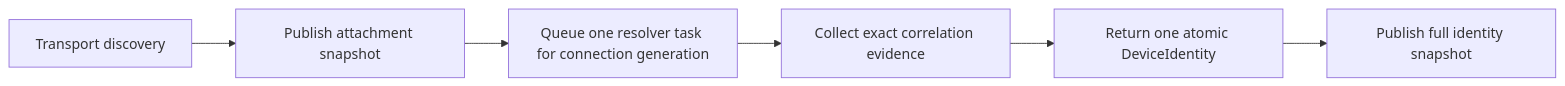
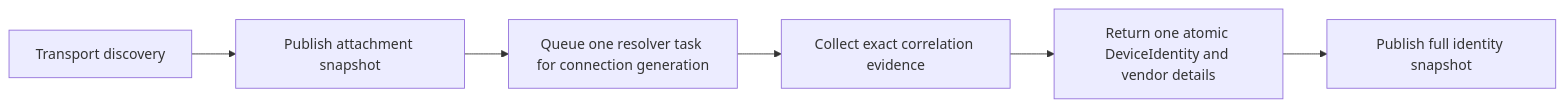
Before and after one commit to go-ctap/kit: the fourth of 4 diagrams in docs/current-runtime-flows.md, drawn with Mermaid. The commit also changed other lines of this file and 5 other files, not shown here.

First line of the commit message:
feat(identity): add Yubico-specific device details and test coverage

````diff
--- a/docs/current-runtime-flows.md
+++ b/docs/current-runtime-flows.md
@@ -146,8 +147,8 @@
 ```mermaid
 flowchart LR
   A["Transport discovery"] --> B["Publish attachment snapshot"]
   B --> C["Queue one resolver task for connection generation"]
   C --> D["Collect exact correlation evidence"]
-  D --> E["Return one atomic DeviceIdentity"]
+  D --> E["Return one atomic DeviceIdentity and vendor details"]
   E --> F["Publish full identity snapshot"]
 ```
````
